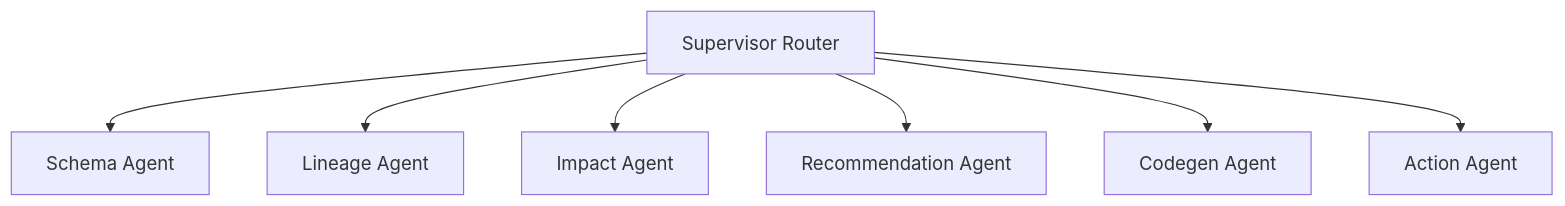
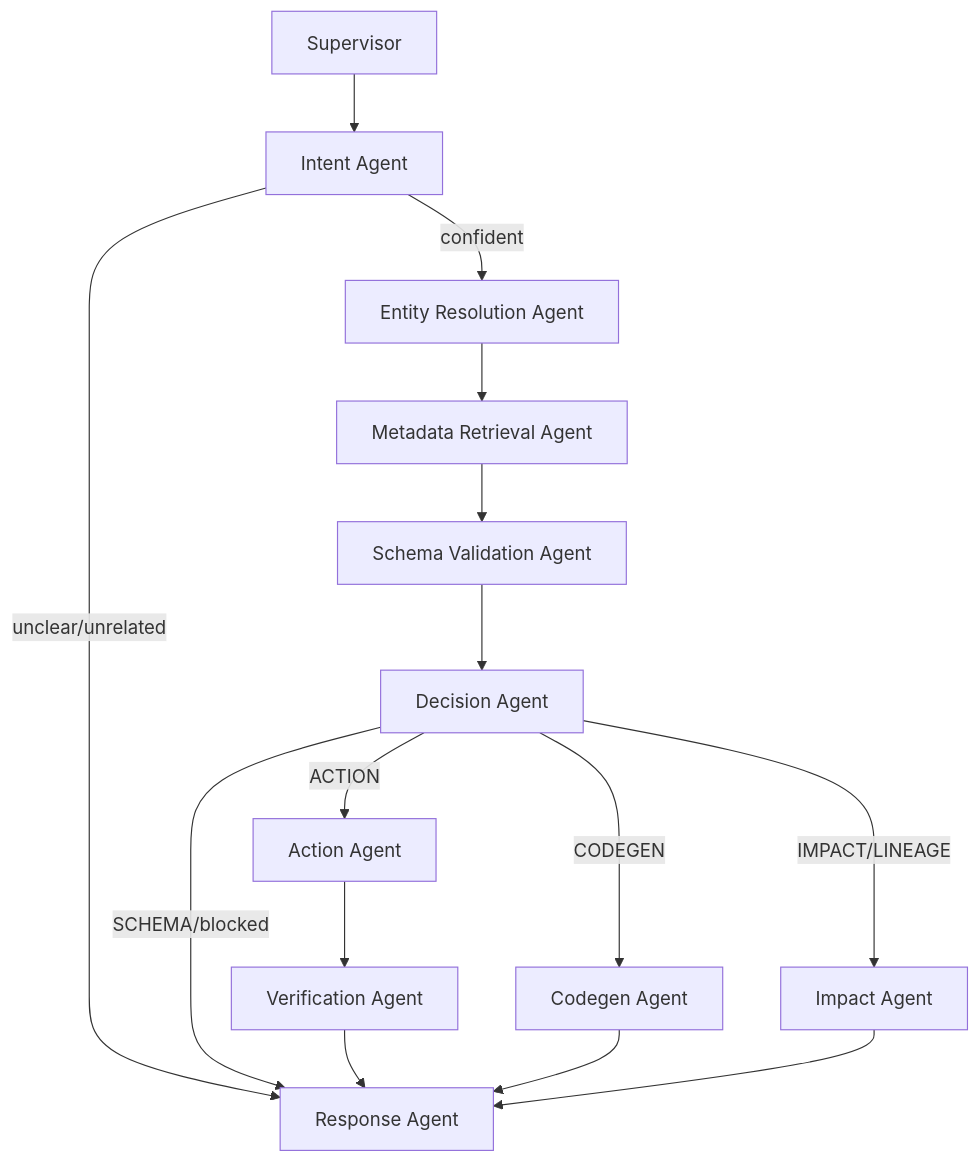
One commit to oza24/datahub_dataguardian-ai changed the diagram in README.md. Above: the diagram before and after it, drawn with Mermaid. The commit also changed other lines of this file, not shown here.

````diff
--- a/README.md
+++ b/README.md
@@ -37,11 +53,17 @@
 ```mermaid
 flowchart TD
-    Supervisor["Supervisor Router"]
-
-    Supervisor --> Schema["Schema Agent"]
-    Supervisor --> Lineage["Lineage Agent"]
-    Supervisor --> Impact["Impact Agent"]
-    Supervisor --> Recommendation["Recommendation Agent"]
-    Supervisor --> Codegen["Codegen Agent"]
-    Supervisor --> Action["Action Agent"]
+    Supervisor["Supervisor"] --> Intent["Intent Agent"]
+    Intent -->|confident| Entity["Entity Resolution Agent"]
+    Intent -->|unclear/unrelated| Response["Response Agent"]
+    Entity --> Metadata["Metadata Retrieval Agent"]
+    Metadata --> Validation["Schema Validation Agent"]
+    Validation --> Decision["Decision Agent"]
+    Decision -->|ACTION| Action["Action Agent"]
+    Decision -->|CODEGEN| Codegen["Codegen Agent"]
+    Decision -->|IMPACT/LINEAGE| Impact["Impact Agent"]
+    Decision -->|SCHEMA/blocked| Response
+    Action --> Verify["Verification Agent"]
+    Verify --> Response
+    Codegen --> Response
+    Impact --> Response
 ```
````
